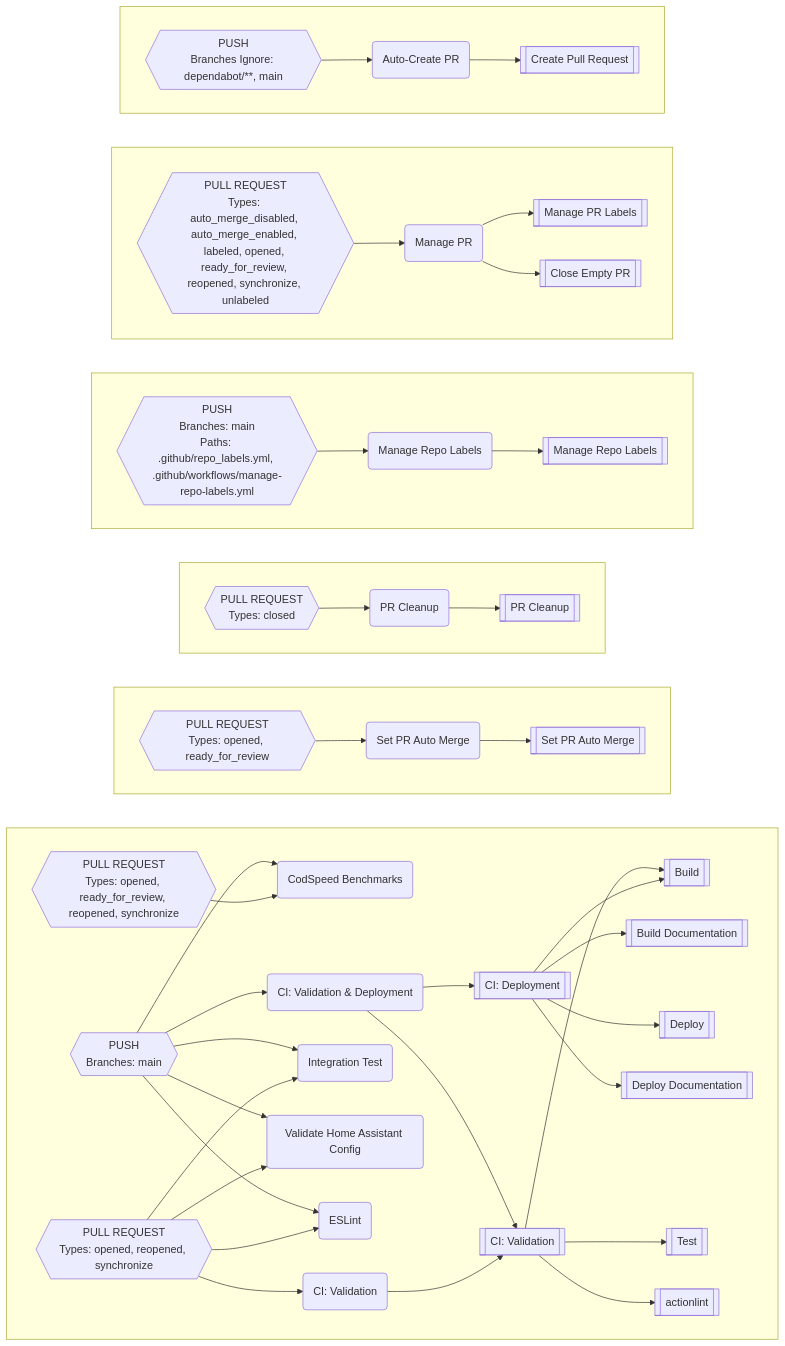
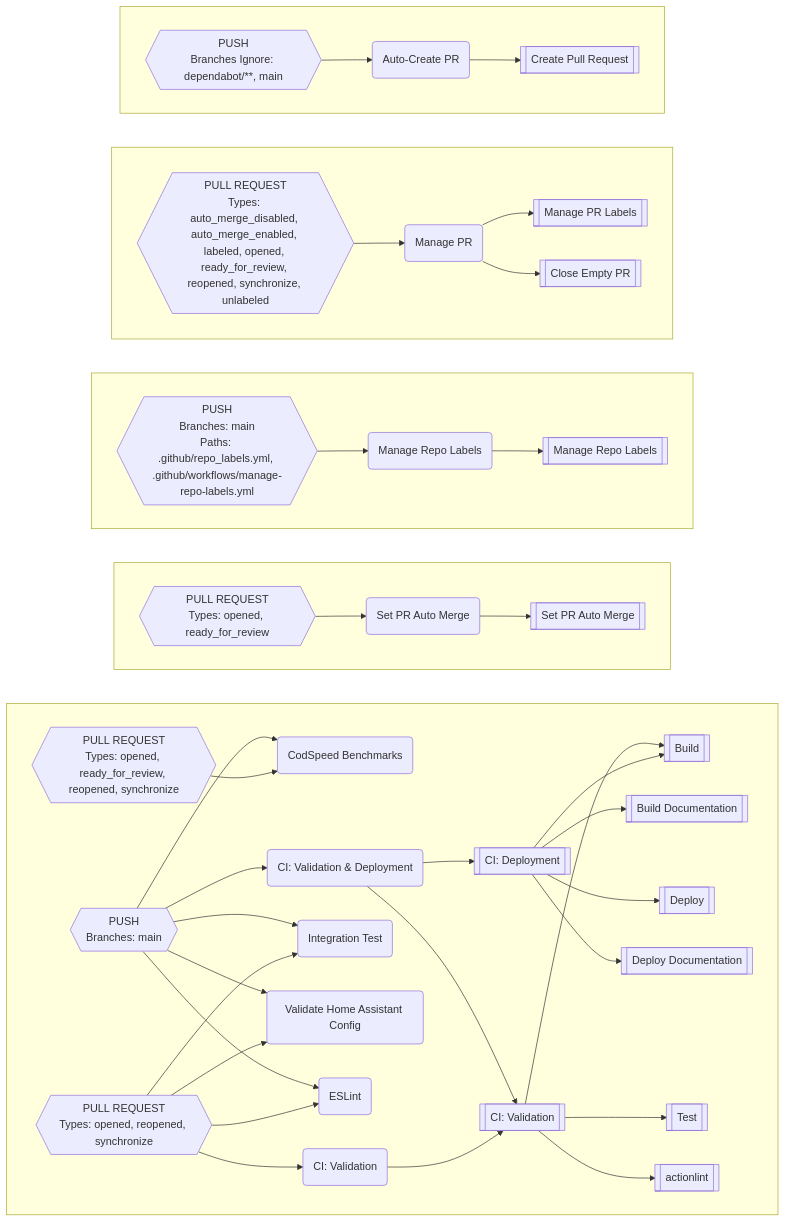
One commit to worgarside/github-config-files changed the diagram in README.md. Above: the diagram before and after it, drawn with Mermaid. The commit also changed other lines of this file and 8 other files, not shown here.

````diff
--- a/README.md
+++ b/README.md
@@ -359,53 +317,48 @@
 ```mermaid
 flowchart LR
-subgraph DR[" "]
+subgraph DK[" "]
 direction LR
-DN-->DM
-DI-->V
-DK-->DI
-DK-->CZ
-DK-->CT
-DK-->CP
-DF-->DM
-DF-->DE
-DF-->CZ
-DF-->CT
-DF-->CP
-DE-->V
-DE-->M
+DG-->DF
+DB-->V
+DD-->DB
+DD-->CS
+DD-->CM
+DD-->CI
+CY-->DF
+CY-->CX
+CY-->CS
+CY-->CM
+CY-->CI
+CX-->V
+CX-->M
 M-->I
 M-->E
 M-->AN
 M-->AJ
 V-->I
-V-->BP
+V-->BL
 V-->A
 end
-subgraph DS[" "]
-direction LR
-CM-->CL
-CL-->BM
-end
-subgraph DT[" "]
-direction LR
-CJ-->CI
-CI-->AZ
-end
-subgraph DU[" "]
+subgraph DL[" "]
 direction LR
 CF-->CE
-CE-->AW
+CE-->BI
 end
-subgraph DV[" "]
+subgraph DM[" "]
 direction LR
-CA-->BZ
-BZ-->AT
-BZ-->AB
+CB-->CA
+CA-->AW
 end
-subgraph DW[" "]
+subgraph DN[" "]
 direction LR
 BW-->BV
-BV-->AF
+BV-->AT
+BV-->AB
+end
+subgraph DO[" "]
+direction LR
+BS-->BR
+BR-->AF
 end
 AB[["Close Empty PR"]]
 AF[["Create Pull Request"]]
@@ -413,44 +366,39 @@
 AN[["Deploy"]]
 AT[["Manage PR Labels"]]
 AW[["Manage Repo Labels"]]
-AZ[["PR Cleanup"]]
 A[["actionlint"]]
-BM[["Set PR Auto Merge"]]
-BP[["Test"]]
-BV("Auto-Create PR")
-BW{{"PUSH
+BI[["Set PR Auto Merge"]]
+BL[["Test"]]
+BR("Auto-Create PR")
+BS{{"PUSH
 Branches Ignore: dependabot/**, main
 "}}
-BZ("Manage PR")
-CA{{"PULL REQUEST
+BV("Manage PR")
+BW{{"PULL REQUEST
 Types: auto_merge_disabled, auto_merge_enabled, labeled, opened, ready_for_review, reopened, synchronize, unlabeled
 "}}
-CE("Manage Repo Labels")
-CF{{"PUSH
+CA("Manage Repo Labels")
+CB{{"PUSH
 Branches: main
 Paths: .github/repo_labels.yml, .github/workflows/manage-repo-labels.yml
 "}}
-CI("PR Cleanup")
-CJ{{"PULL REQUEST
-Types: closed
-"}}
-CL("Set PR Auto Merge")
-CM{{"PULL REQUEST
+CE("Set PR Auto Merge")
+CF{{"PULL REQUEST
 Types: opened, ready_for_review
 "}}
-CP("ESLint")
-CT("Validate Home Assistant Config")
-CZ("Integration Test")
-DE("CI: Validation & Deployment")
-DF{{"PUSH
+CI("ESLint")
+CM("Validate Home Assistant Config")
+CS("Integration Test")
+CX("CI: Validation & Deployment")
+CY{{"PUSH
 Branches: main
 "}}
-DI("CI: Validation")
-DK{{"PULL REQUEST
+DB("CI: Validation")
+DD{{"PULL REQUEST
 Types: opened, reopened, synchronize
 "}}
-DM("CodSpeed Benchmarks")
-DN{{"PULL REQUEST
+DF("CodSpeed Benchmarks")
+DG{{"PULL REQUEST
 Types: opened, ready_for_review, reopened, synchronize
 "}}
 E[["Build Documentation"]]
````
